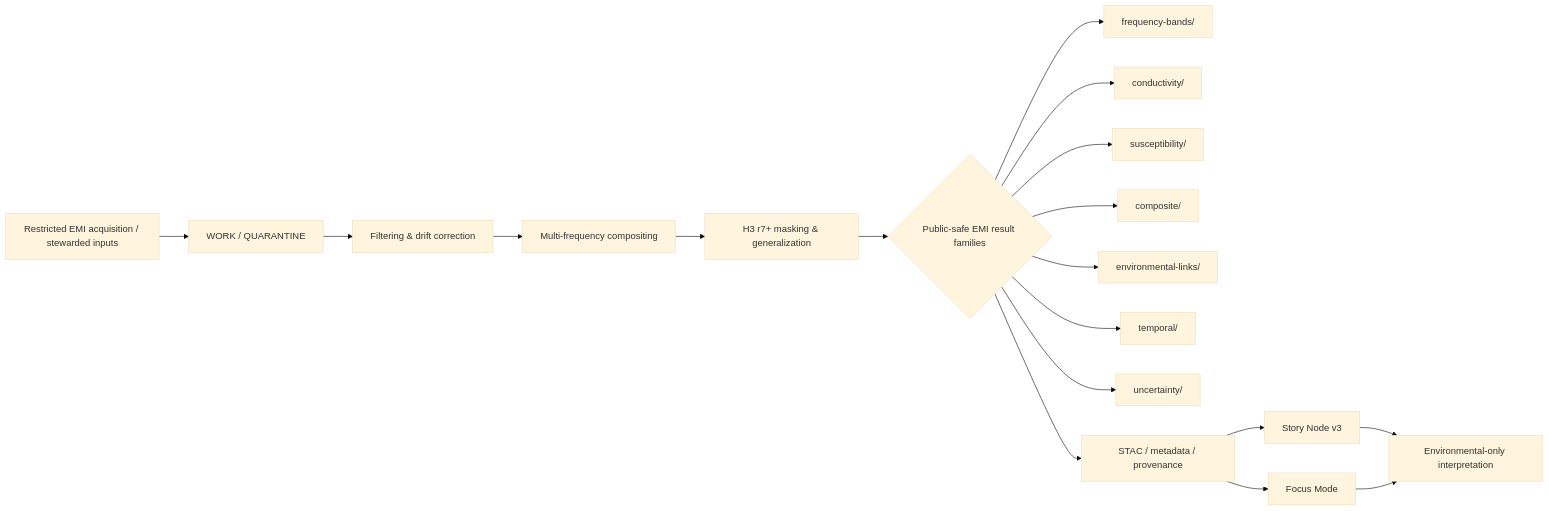
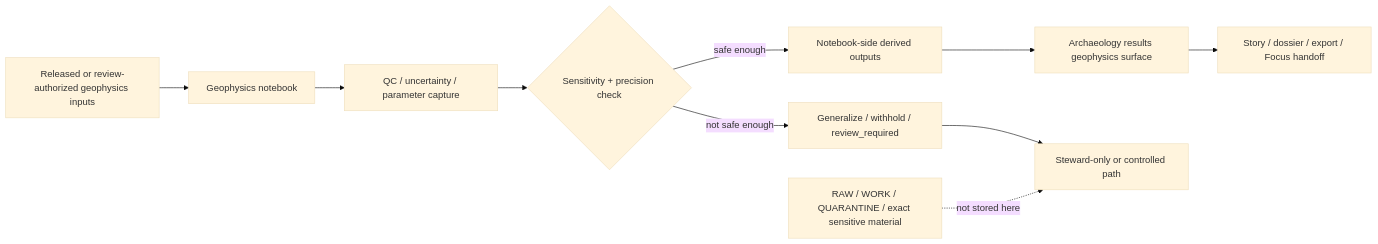
One commit to bartytime4life/Kansas-Frontier-Matrix changed the diagram in docs/analyses/archaeology/results/notebooks/geophysics/README.md. Above: the diagram before and after it, drawn with Mermaid (base theme). The commit also changed other lines of this file, not shown here.

First line of the commit message:
Revise README for archaeology geophysics notebooks

````diff
--- a/docs/analyses/archaeology/results/notebooks/geophysics/README.md
+++ b/docs/analyses/archaeology/results/notebooks/geophysics/README.md
@@ -191,20 +248,13 @@
 ```mermaid
 flowchart LR
-    A[Restricted EMI acquisition / stewarded inputs] --> B[WORK / QUARANTINE]
-    B --> C[Filtering & drift correction]
-    C --> D[Multi-frequency compositing]
-    D --> E[H3 r7+ masking & generalization]
-    E --> F{Public-safe EMI result families}
-    F --> F1[frequency-bands/]
-    F --> F2[conductivity/]
-    F --> F3[susceptibility/]
-    F --> F4[composite/]
-    F --> F5[environmental-links/]
-    F --> F6[temporal/]
-    F --> F7[uncertainty/]
-    F --> G[STAC / metadata / provenance]
-    G --> H[Story Node v3]
-    G --> I[Focus Mode]
-    H --> J[Environmental-only interpretation]
-    I --> J
+    A[Released or review-authorized geophysics inputs] --> B[Geophysics notebook]
+    B --> C[QC / uncertainty / parameter capture]
+    C --> D{Sensitivity + precision check}
+    D -->|safe enough| E[Notebook-side derived outputs]
+    D -->|not safe enough| F[Generalize / withhold / review_required]
+    E --> G[Archaeology results geophysics surface]
+    G --> H[Story / dossier / export / Focus handoff]
+    F --> I[Steward-only or controlled path]
+
+    X[RAW / WORK / QUARANTINE / exact sensitive material] -. not stored here .-> I
 ```
````
